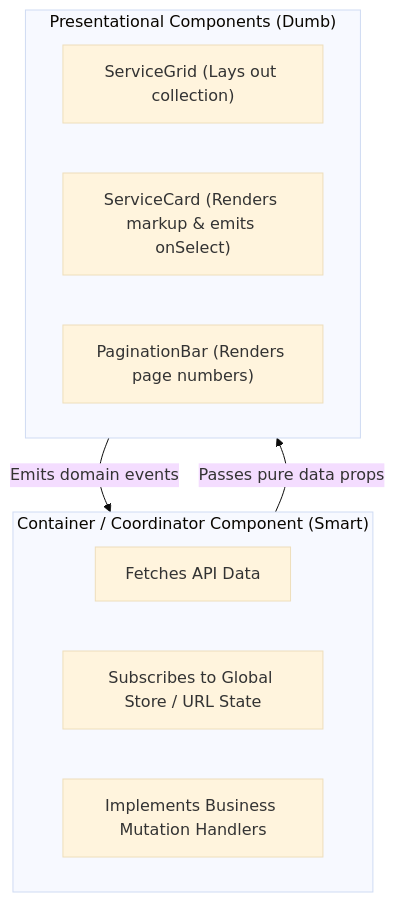
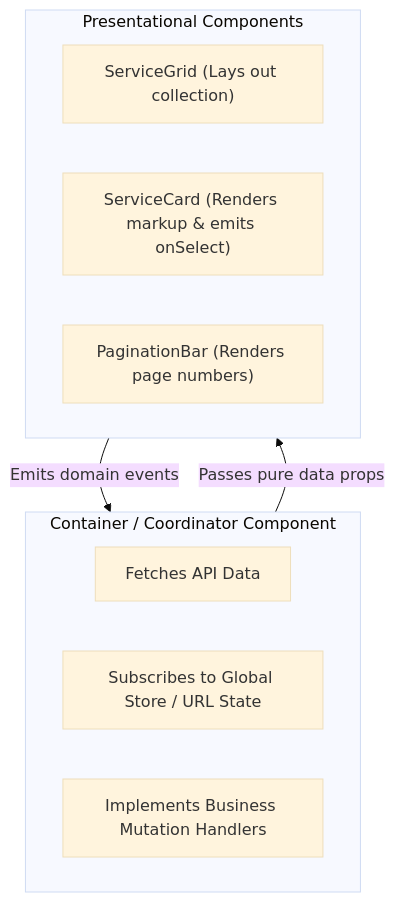
Diagram 12 of 14 in content/book/Chapter_06_Component_Driven_Architecture_and_Design_Patterns.md (polla-fattah/frontend-book), drawn with Mermaid (base theme) before and after one commit. The commit also changed other lines of this file, not shown here.

````diff
--- a/content/book/Chapter_06_Component_Driven_Architecture_and_Design_Patterns.md
+++ b/content/book/Chapter_06_Component_Driven_Architecture_and_Design_Patterns.md
@@ -558,17 +527,17 @@
 ```mermaid
 flowchart TD
-    subgraph Container["Container / Coordinator Component (Smart)"]
+    subgraph Container["Container / Coordinator Component"]
         DataFetch["Fetches API Data"]
         StoreSync["Subscribes to Global Store / URL State"]
         Handlers["Implements Business Mutation Handlers"]
     end
 
-    subgraph Presentational["Presentational Components (Dumb)"]
+    subgraph Presentational["Presentational Components"]
         Grid["ServiceGrid (Lays out collection)"]
         Card["ServiceCard (Renders markup & emits onSelect)"]
         Paging["PaginationBar (Renders page numbers)"]
     end
 
     Container -->|"Passes pure data props"| Presentational
     Presentational -->|"Emits domain events"| Container
 ```
````
